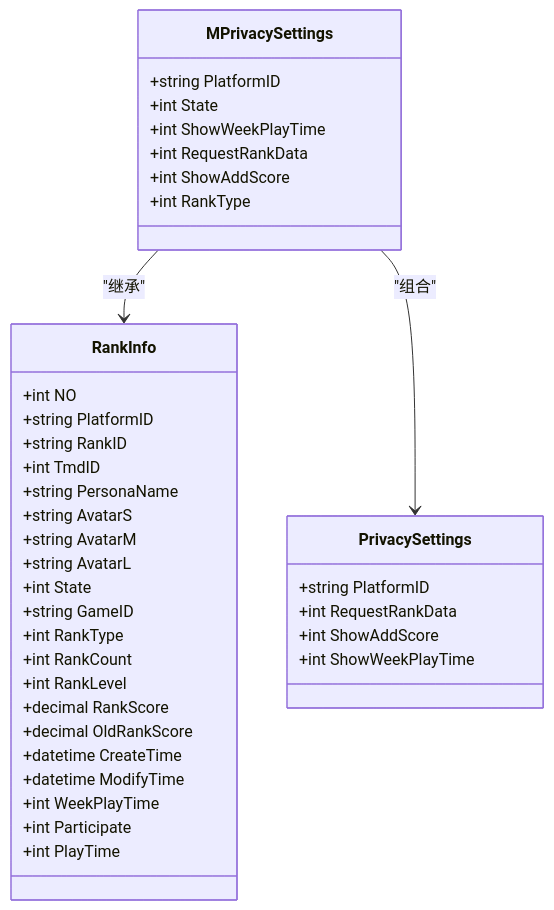
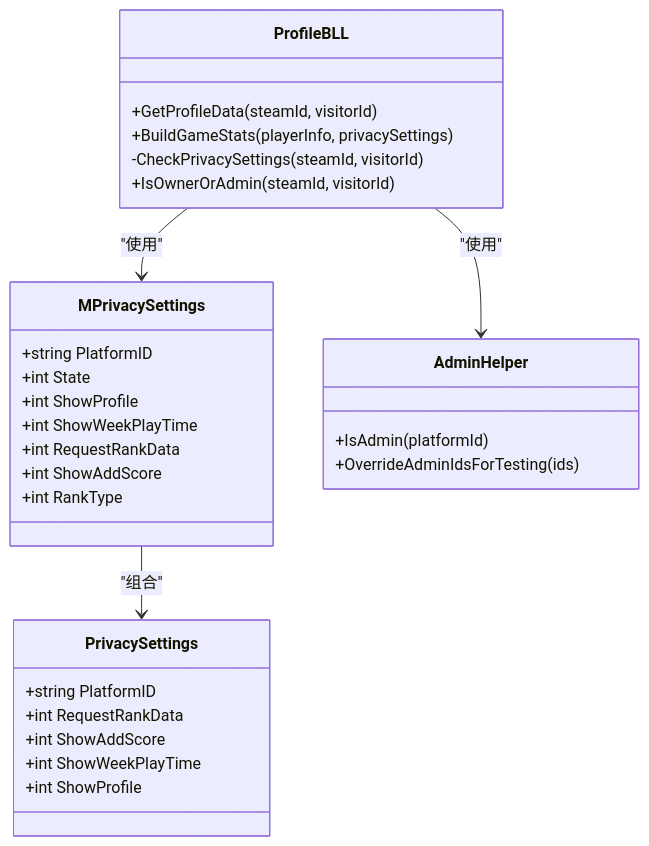
The second of 14 diagrams in .qoder/repowiki/zh/content/后端 API 服务/用户管理模块/隐私设置管理.md (TinyMaD/SpeedRunnersLab), drawn with Mermaid before and after one commit. The commit also changed other lines of this file and 29 other files, not shown here.

````diff
--- a/.qoder/repowiki/zh/content/后端 API 服务/用户管理模块/隐私设置管理.md
+++ b/.qoder/repowiki/zh/content/后端 API 服务/用户管理模块/隐私设置管理.md
@@ -76,41 +110,32 @@
 ```mermaid
 classDiagram
 class MPrivacySettings {
 +string PlatformID
 +int State
++int ShowProfile
 +int ShowWeekPlayTime
 +int RequestRankData
 +int ShowAddScore
 +int RankType
 }
-class RankInfo {
-+int NO
-+string PlatformID
-+string RankID
-+int TmdID
-+string PersonaName
-+string AvatarS
-+string AvatarM
-+string AvatarL
-+int State
-+string GameID
-+int RankType
-+int RankCount
-+int RankLevel
-+decimal RankScore
-+decimal OldRankScore
-+datetime CreateTime
-+datetime ModifyTime
-+int WeekPlayTime
-+int Participate
-+int PlayTime
+class ProfileBLL {
++GetProfileData(steamId, visitorId)
++BuildGameStats(playerInfo, privacySettings)
+-CheckPrivacySettings(steamId, visitorId)
++IsOwnerOrAdmin(steamId, visitorId)
 }
 class PrivacySettings {
 +string PlatformID
 +int RequestRankData
 +int ShowAddScore
 +int ShowWeekPlayTime
++int ShowProfile
 }
-MPrivacySettings --> RankInfo : "继承"
+class AdminHelper {
++IsAdmin(platformId)
++OverrideAdminIdsForTesting(ids)
+}
 MPrivacySettings --> PrivacySettings : "组合"
+ProfileBLL --> MPrivacySettings : "使用"
+ProfileBLL --> AdminHelper : "使用"
 ```
````
